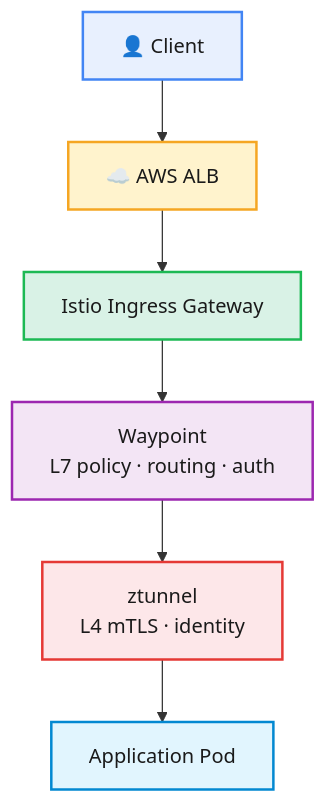
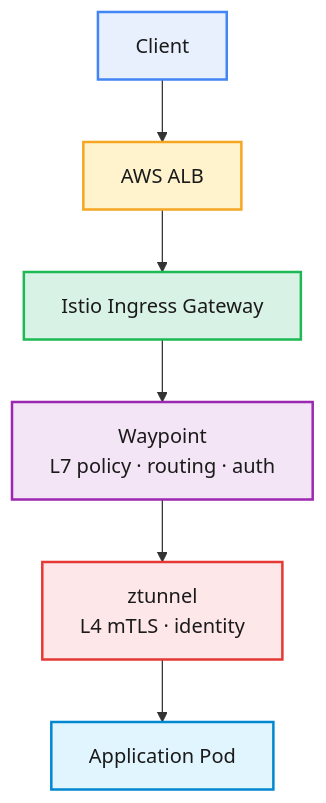
The second of 2 diagrams in docs/architecture-and-strategy.md (SanketAgrawal45/Istio-Ambient-Mesh-Upgrade-Strategy), drawn with Mermaid before and after one commit. The commit also changed 1 other file, not shown here.

Commit message:
readme and architecture

````diff
--- a/docs/architecture-and-strategy.md
+++ b/docs/architecture-and-strategy.md
@@ -48,22 +48,22 @@
 ```mermaid
 flowchart TD
-    A[👤 Client] --> B[☁️ AWS ALB]
+    A[ Client] --> B[ AWS ALB]
     B --> C[" Istio Ingress Gateway"]
     C --> D[" Waypoint<br/>L7 policy · routing · auth"]
     D --> E[" ztunnel<br/>L4 mTLS · identity"]
     E --> F[ Application Pod]
 
     classDef client fill:#E8F0FE,stroke:#4285F4,stroke-width:2px,color:#1a1a1a
     classDef edge fill:#FFF3CD,stroke:#F5A623,stroke-width:2px,color:#1a1a1a
     classDef gateway fill:#D9F2E6,stroke:#1DB954,stroke-width:2px,color:#1a1a1a
     classDef waypoint fill:#F3E5F5,stroke:#9C27B0,stroke-width:2px,color:#1a1a1a
     classDef ztunnel fill:#FDE7E9,stroke:#E53935,stroke-width:2px,color:#1a1a1a
     classDef pod fill:#E1F5FE,stroke:#0288D1,stroke-width:2px,color:#1a1a1a
 
     class A client
     class B edge
     class C gateway
     class D waypoint
     class E ztunnel
     class F pod
 ```
````
